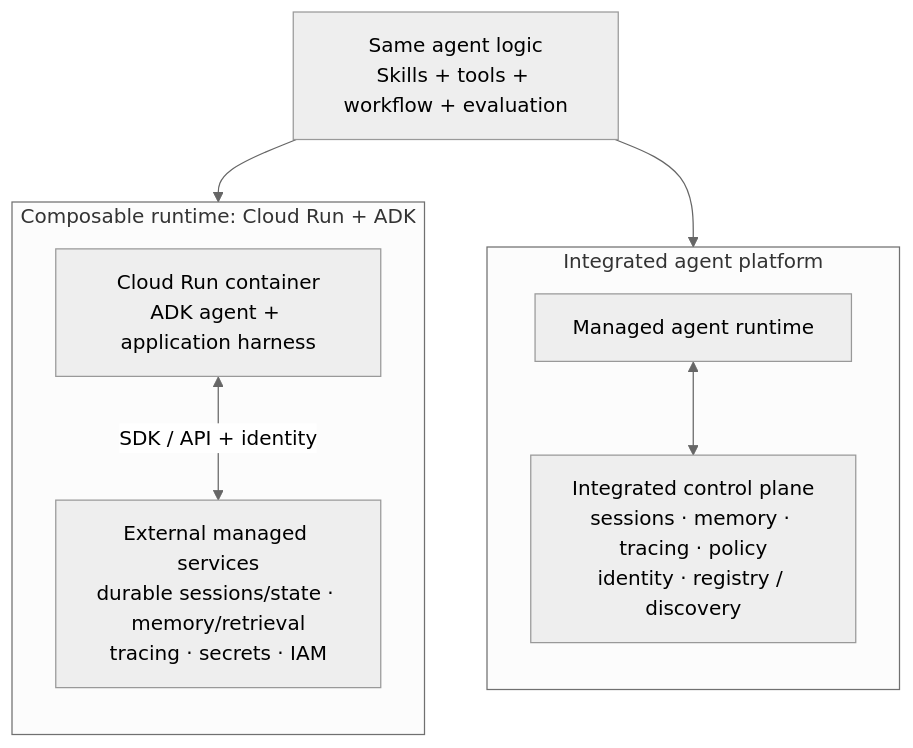
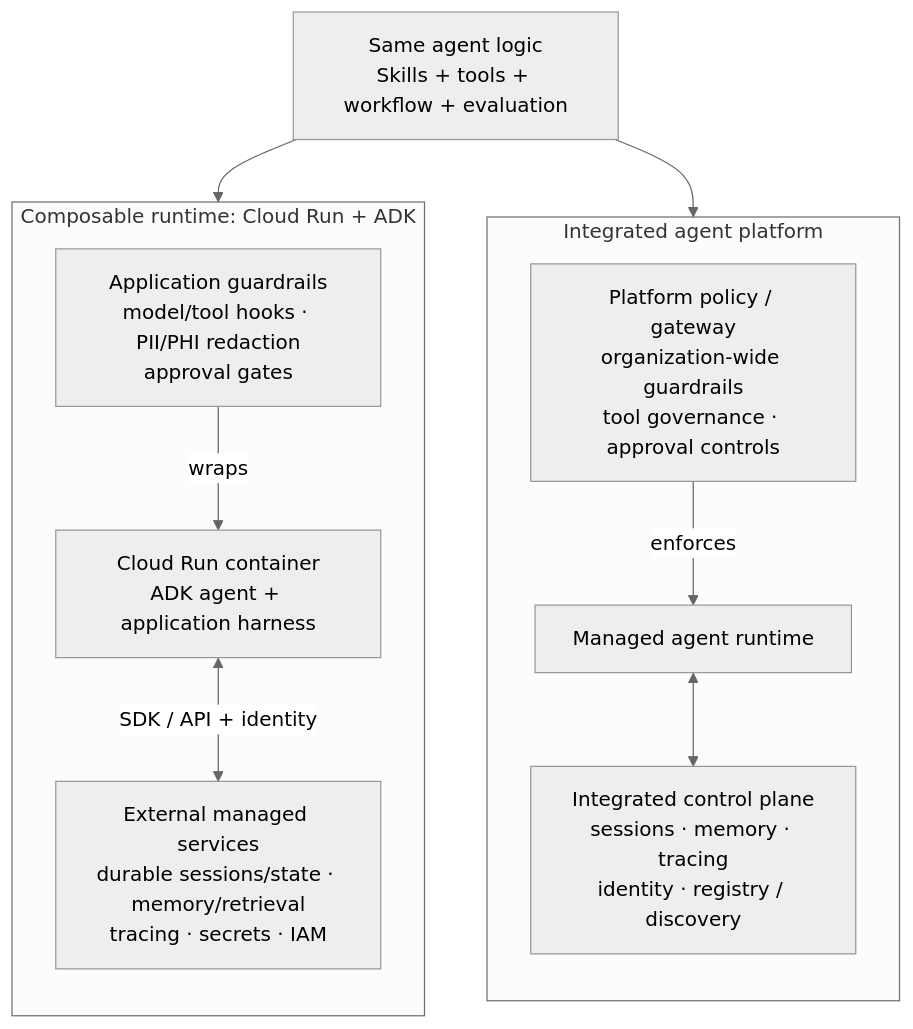
One commit to fmlin0429712024/customer-care-agents changed the diagram in docs/harness-operating-models.md. Above: the diagram before and after it, drawn with Mermaid (neutral theme). The commit also changed other lines of this file, not shown here.

Commit message:
Show guardrail placement in operating models

````diff
--- a/docs/harness-operating-models.md
+++ b/docs/harness-operating-models.md
@@ -7,21 +7,25 @@
 ```mermaid
 flowchart TB
     LOGIC["Same agent logic<br/>Skills + tools + workflow + evaluation"]
 
     LOGIC --> CR
     LOGIC --> AP
 
     subgraph CR["Composable runtime: Cloud Run + ADK"]
         direction TB
         APP["Cloud Run container<br/>ADK agent + application harness"]
+        CG["Application guardrails<br/>model/tool hooks · PII/PHI redaction<br/>approval gates"]
         EXT["External managed services<br/>durable sessions/state · memory/retrieval<br/>tracing · secrets · IAM"]
+        CG -->|"wraps"| APP
         APP <-->|"SDK / API + identity"| EXT
     end
 
     subgraph AP["Integrated agent platform"]
         direction TB
         PA["Managed agent runtime"]
-        PC["Integrated control plane<br/>sessions · memory · tracing · policy<br/>identity · registry / discovery"]
+        PG["Platform policy / gateway<br/>organization-wide guardrails<br/>tool governance · approval controls"]
+        PC["Integrated control plane<br/>sessions · memory · tracing<br/>identity · registry / discovery"]
+        PG -->|"enforces"| PA
         PA <--> PC
     end
 ```
````
